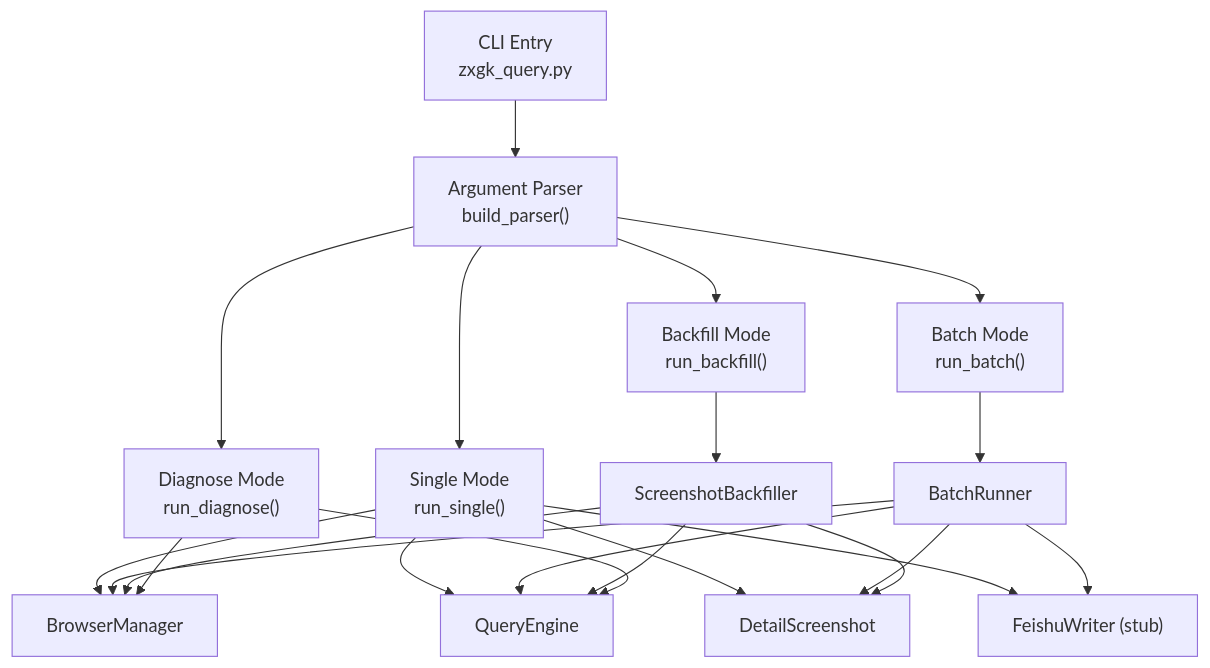
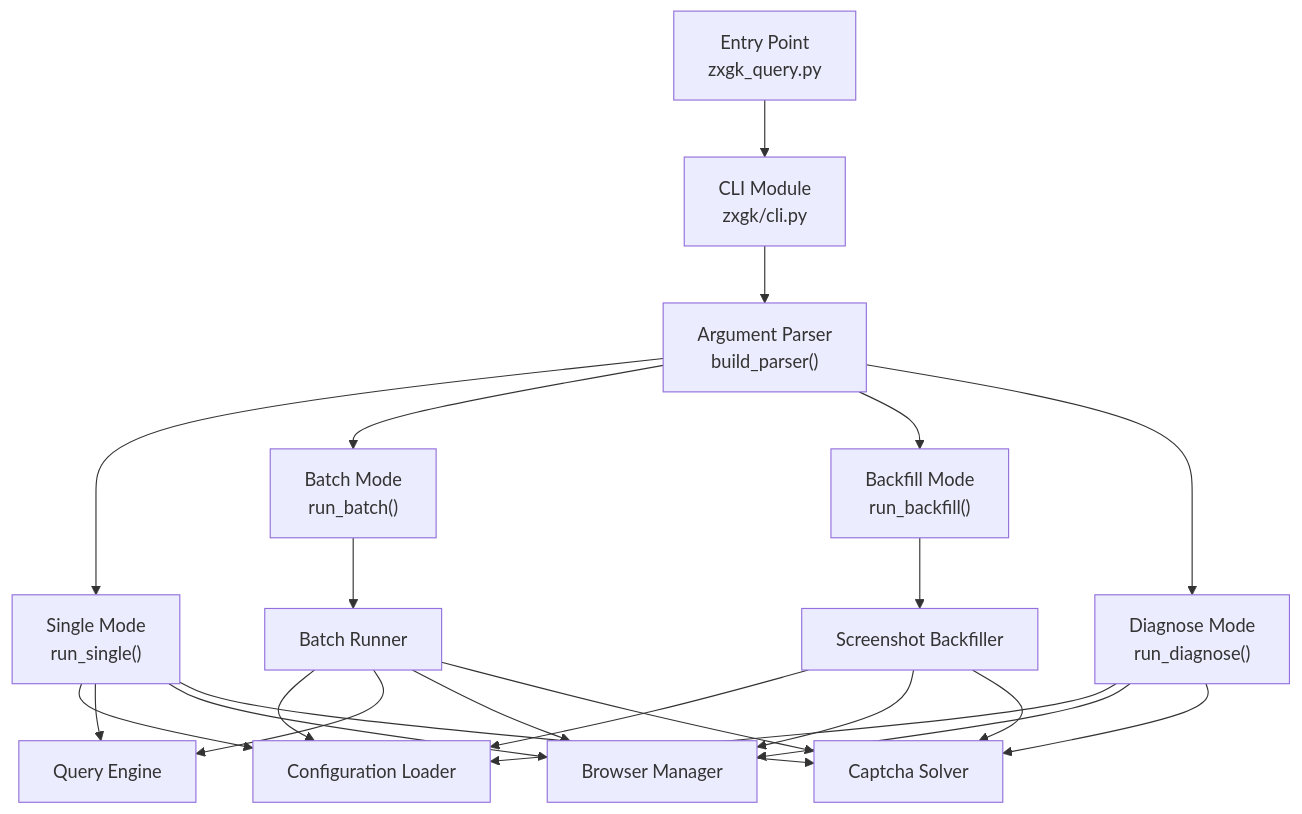
The first of 3 diagrams in .qoder/repowiki/en/content/CLI Interface Reference.md (supotato-ipj/zxgk_auto_query-skill), drawn with Mermaid before and after one commit. The commit also changed other lines of this file and 24 other files, not shown here.

````diff
--- a/.qoder/repowiki/en/content/CLI Interface Reference.md
+++ b/.qoder/repowiki/en/content/CLI Interface Reference.md
@@ -33,23 +43,25 @@
 ```mermaid
 graph TB
-CLI["CLI Entry<br/>zxgk_query.py"] --> Parser["Argument Parser<br/>build_parser()"]
+Entry["Entry Point<br/>zxgk_query.py"] --> CLI["CLI Module<br/>zxgk/cli.py"]
+CLI --> Parser["Argument Parser<br/>build_parser()"]
 Parser --> Single["Single Mode<br/>run_single()"]
 Parser --> Batch["Batch Mode<br/>run_batch()"]
 Parser --> Backfill["Backfill Mode<br/>run_backfill()"]
 Parser --> Diagnose["Diagnose Mode<br/>run_diagnose()"]
-Single --> BM["BrowserManager"]
-Single --> QE["QueryEngine"]
-Single --> SS["DetailScreenshot"]
-Single --> FW["FeishuWriter (stub)"]
-Batch --> BR["BatchRunner"]
-BR --> BM
-BR --> QE
-BR --> SS
-BR --> FW
-Backfill --> SB["ScreenshotBackfiller"]
-SB --> BM
-SB --> QE
-SB --> SS
-Diagnose --> BM
-Diagnose --> QE
+Single --> Config["Configuration Loader"]
+Single --> Engine["Query Engine"]
+Single --> Browser["Browser Manager"]
+Single --> Captcha["Captcha Solver"]
+Batch --> Runner["Batch Runner"]
+Runner --> Config
+Runner --> Engine
+Runner --> Browser
+Runner --> Captcha
+Backfill --> Backfiller["Screenshot Backfiller"]
+Backfiller --> Config
+Backfiller --> Browser
+Backfiller --> Captcha
+Diagnose --> Config
+Diagnose --> Browser
+Diagnose --> Captcha
 ```
````
